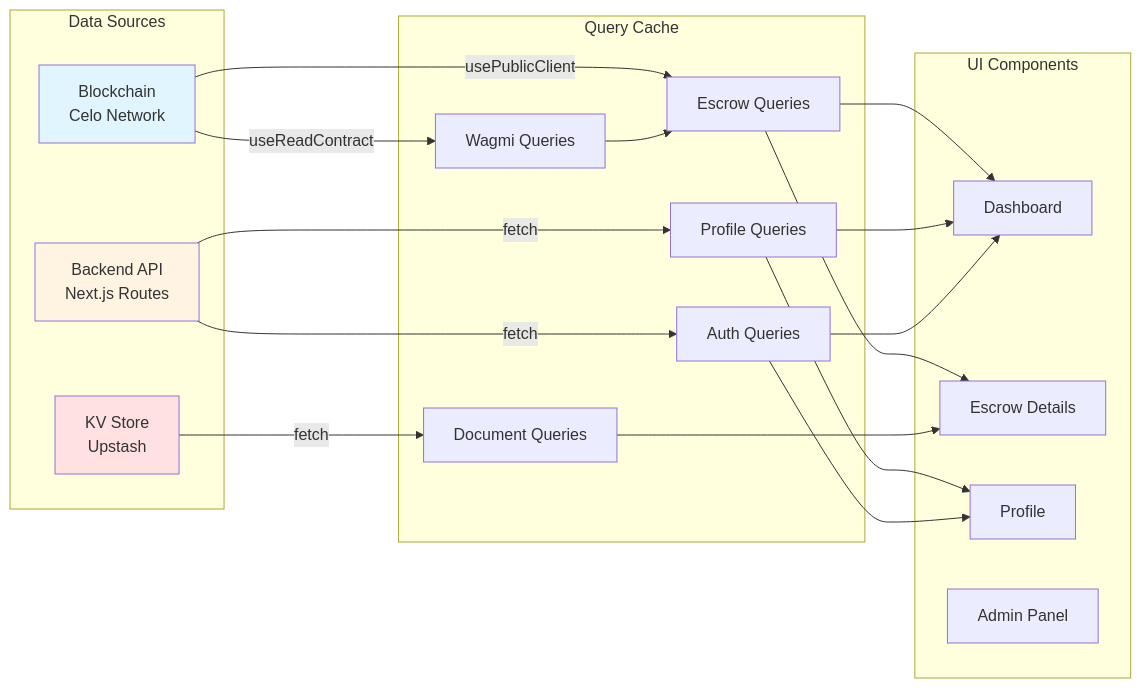
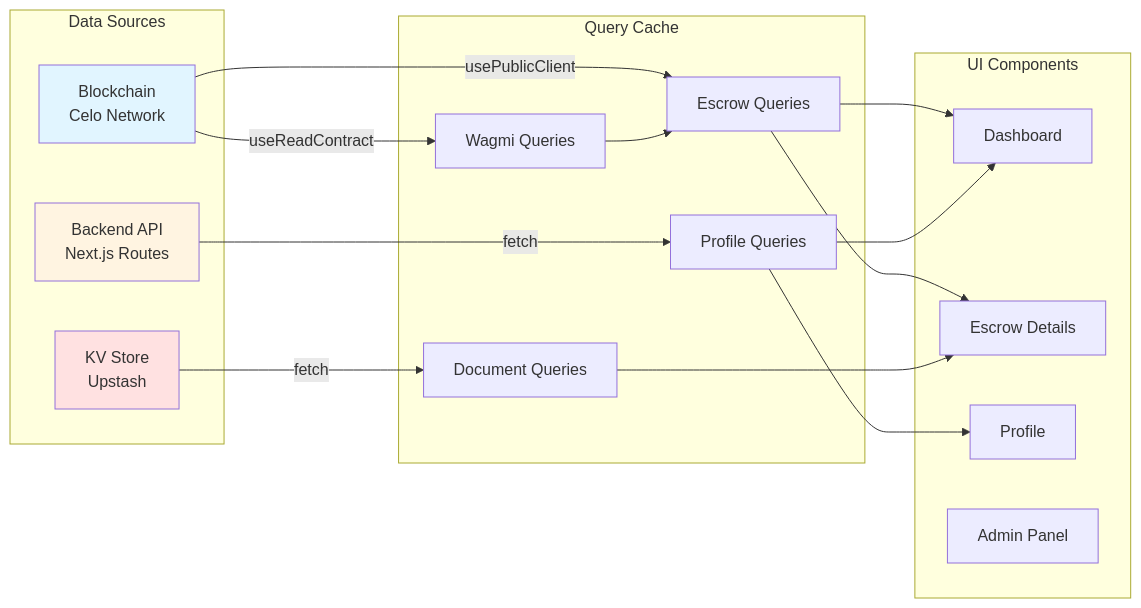
Before and after one commit to Gigentic/gigentic-escrow-minipay: the second of 12 diagrams in QUERY_CACHE_ARCHITECTURE.md, drawn with Mermaid. The commit also changed other lines of this file, not shown here.

````diff
--- a/QUERY_CACHE_ARCHITECTURE.md
+++ b/QUERY_CACHE_ARCHITECTURE.md
@@ -138,42 +124,38 @@
 ```mermaid
 graph LR
     subgraph "Data Sources"
         A[Blockchain<br/>Celo Network]
         B[Backend API<br/>Next.js Routes]
         C[KV Store<br/>Upstash]
     end
 
     subgraph "Query Cache"
-        D[Auth Queries]
-        E[Profile Queries]
-        F[Escrow Queries]
-        G[Document Queries]
-        H[Wagmi Queries]
+        D[Profile Queries]
+        E[Escrow Queries]
+        F[Document Queries]
+        G[Wagmi Queries]
     end
 
     subgraph "UI Components"
-        I[Dashboard]
-        J[Escrow Details]
-        K[Profile]
-        L[Admin Panel]
+        H[Dashboard]
+        I[Escrow Details]
+        J[Profile]
+        K[Admin Panel]
     end
 
-    A -->|useReadContract| H
-    A -->|usePublicClient| F
-    B -->|fetch| E
+    A -->|useReadContract| G
+    A -->|usePublicClient| E
     B -->|fetch| D
-    C -->|fetch| G
+    C -->|fetch| F
 
-    H --> F
+    G --> E
+    E --> H
+    E --> I
+    D --> J
+    D --> H
     F --> I
-    F --> J
-    E --> K
-    E --> I
-    G --> J
-    D --> I
-    D --> K
 
     style A fill:#e1f5ff
     style B fill:#fff4e1
     style C fill:#ffe1e1
 ```
````
